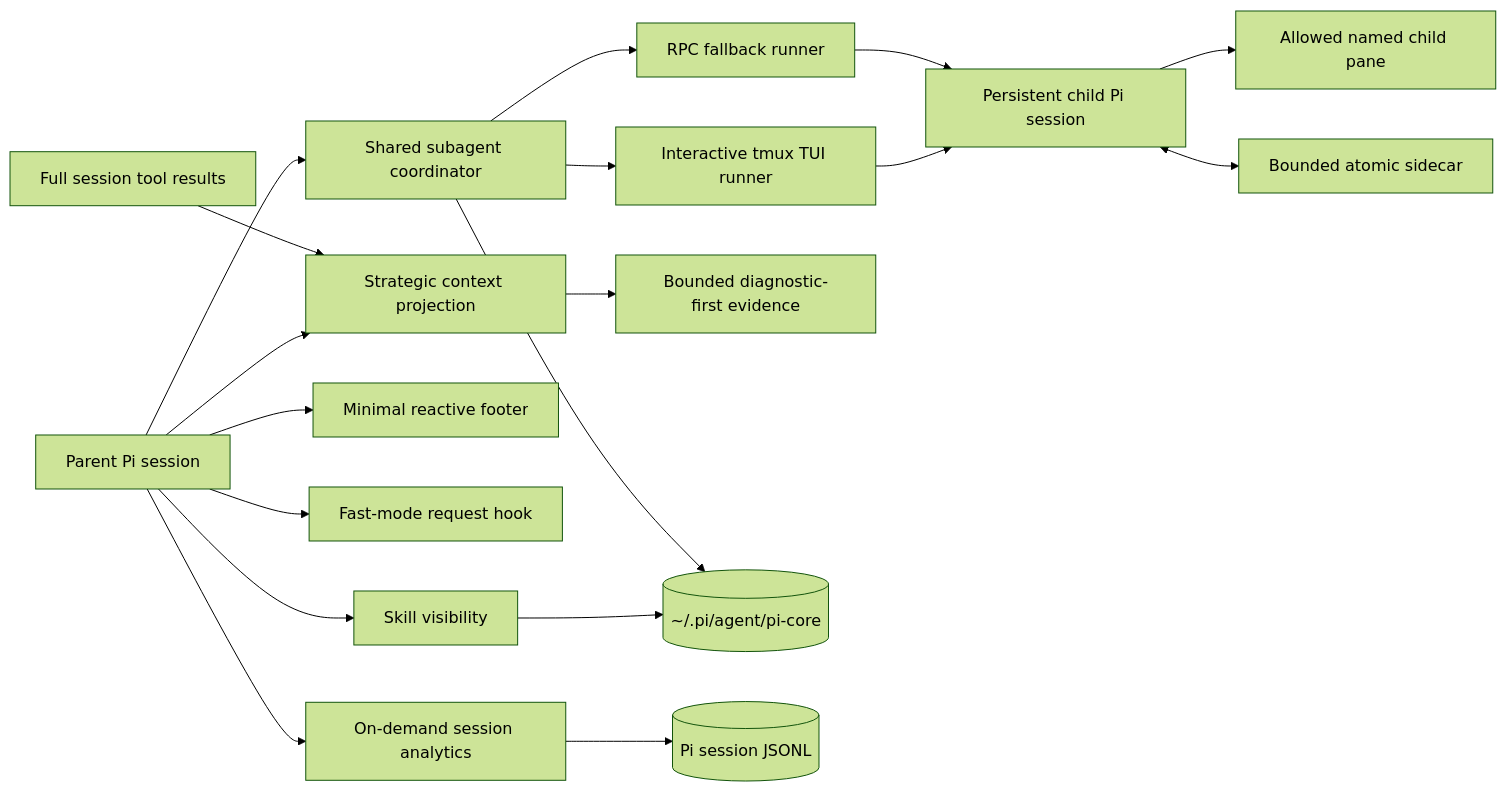
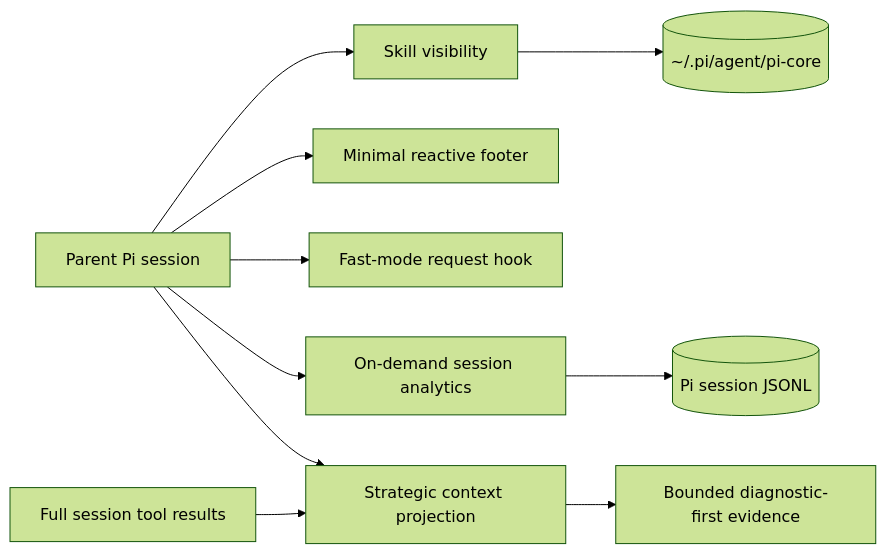
One commit to enzodevs/pi-core changed the diagram in README.md. Above: the diagram before and after it, drawn with Mermaid (forest theme). The commit also changed other lines of this file and 69 other files, not shown here.

Commit message:
Remove the native subagent coordinator and retain Pi runtime smoke coverage

````diff
--- a/README.md
+++ b/README.md
@@ -429,20 +363,12 @@
 ```mermaid
 flowchart LR
     Pi[Parent Pi session] --> Skills[Skill visibility]
-    Pi --> Agents[Shared subagent coordinator]
-    Agents --> Tmux[Interactive tmux TUI runner]
-    Agents --> RPC[RPC fallback runner]
-    Tmux --> Child[Persistent child Pi session]
-    RPC --> Child
-    Child --> Nested[Allowed named child pane]
-    Child <--> Sidecar[Bounded atomic sidecar]
     Pi --> Footer[Minimal reactive footer]
     Pi --> Fast[Fast-mode request hook]
     Pi --> Analytics[On-demand session analytics]
     Pi --> Guard[Strategic context projection]
     ToolResults[Full session tool results] --> Guard
     Guard --> Model[Bounded diagnostic-first evidence]
     Skills --> Store[(~/.pi/agent/pi-core)]
-    Agents --> Store
     Analytics --> Sessions[(Pi session JSONL)]
 ```
````
